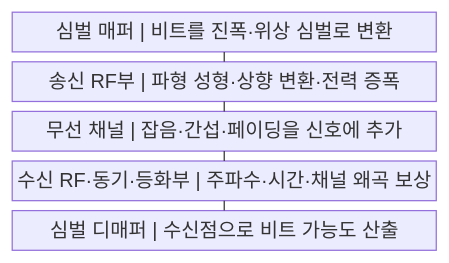
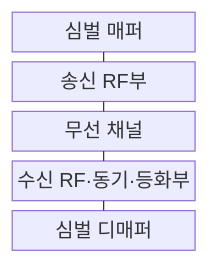
Before and after one commit to agnusdei1207/knowledge-base: the first of 2 diagrams in src/content/docs/notes/04-network/066_modulation_methods.md, drawn with Mermaid. The commit also changed other lines of this file and 122 other files, not shown here.

````diff
--- a/src/content/docs/notes/04-network/066_modulation_methods.md
+++ b/src/content/docs/notes/04-network/066_modulation_methods.md
@@ -60,13 +60,13 @@
 ```mermaid
-block
+block-beta
     columns 1
-    A["심벌 매퍼 | 비트를 진폭·위상 심벌로 변환"]
-    B["송신 RF부 | 파형 성형·상향 변환·전력 증폭"]
-    C["무선 채널 | 잡음·간섭·페이딩을 신호에 추가"]
-    D["수신 RF·동기·등화부 | 주파수·시간·채널 왜곡 보상"]
-    E["심벌 디매퍼 | 수신점으로 비트 가능도 산출"]
+    A["심벌 매퍼"]
+    B["송신 RF부"]
+    C["무선 채널"]
+    D["수신 RF·동기·등화부"]
+    E["심벌 디매퍼"]
     A --- B
     B --- C
     C --- D
     D --- E
 ```
````
